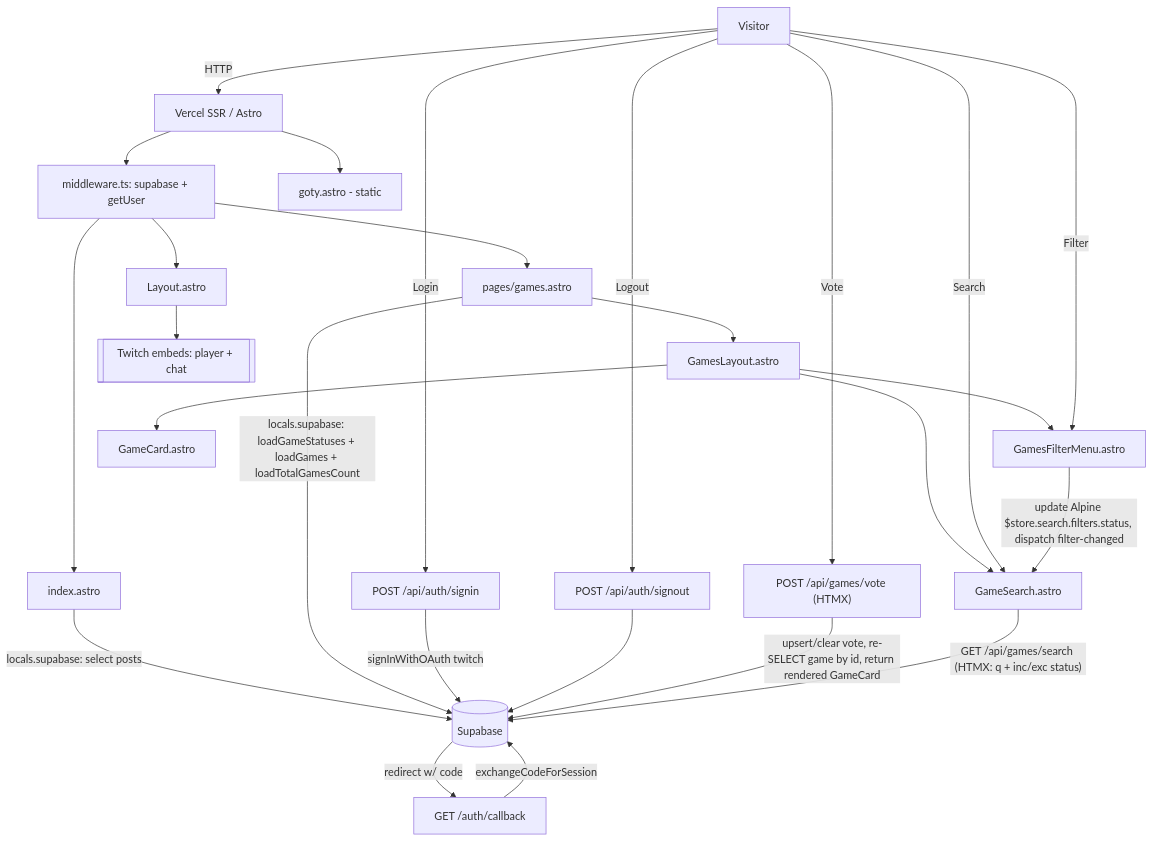
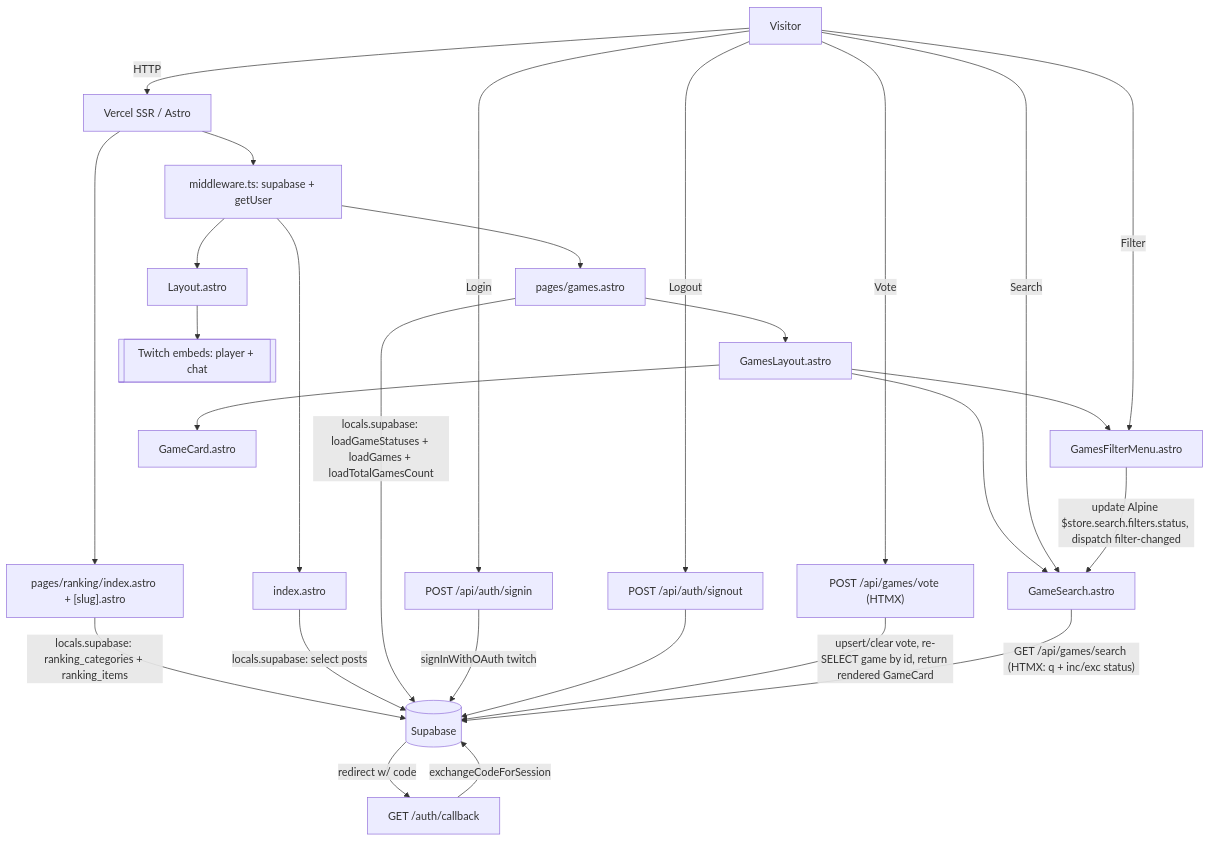
One commit to danygq/knekro-hub changed the diagram in ARCHITECTURE.md. Above: the diagram before and after it, drawn with Mermaid. The commit also changed other lines of this file and 35 other files, not shown here.

Commit message:
feat(ranking): implement full rankings hub and goty awards section (#61)

````diff
--- a/ARCHITECTURE.md
+++ b/ARCHITECTURE.md
@@ -18,21 +18,22 @@
 ```mermaid
 flowchart TD
     U[Visitor] -->|HTTP| V["Vercel SSR / Astro"]
     V --> M["middleware.ts: supabase + getUser"]
+    V --> PgRank["pages/ranking/index.astro + [slug].astro"]
+    PgRank -->|" locals.supabase: ranking_categories + ranking_items "| SB[(Supabase)]
     M --> L["Layout.astro"]
-    M --> Pi["index.astro"] -->|" locals.supabase: select posts "| SB[(Supabase)]
+    M --> Pi["index.astro"] -->|" locals.supabase: select posts "| SB
     M --> Pg["pages/games.astro"]
     Pg -->|" locals.supabase: loadGameStatuses + loadGames + loadTotalGamesCount "| SB
     Pg --> GL["GamesLayout.astro"]
     GL --> GFM["GamesFilterMenu.astro"]
     GL --> GS["GameSearch.astro"]
     GL --> GC["GameCard.astro"]
-    V --> Pgo["goty.astro - static"]
     U -->|Login| AS["POST /api/auth/signin"] -->|" signInWithOAuth twitch "| SB
     SB -->|" redirect w/ code "| CB["GET /auth/callback"] -->|exchangeCodeForSession| SB
     U -->|Logout| AO["POST /api/auth/signout"] --> SB
     U -->|Vote| PV["POST /api/games/vote (HTMX)"] -->|" upsert/clear vote, re-SELECT game by id, return rendered GameCard "| SB
     U -->|Search| GS -->|" GET /api/games/search (HTMX: q + inc/exc status) "| SB
     U -->|Filter| GFM -->|" update Alpine $store.search.filters.status, dispatch filter-changed "| GS
     L --> TW[[Twitch embeds: player + chat]]
 ```
````
